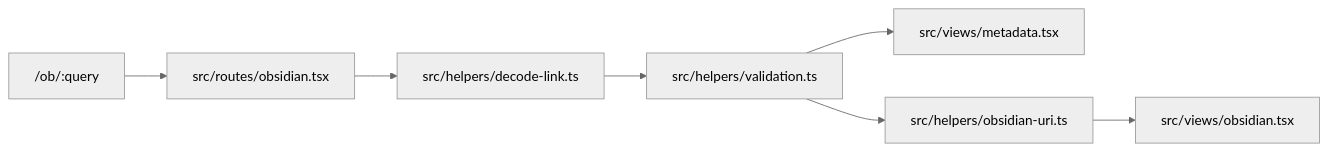
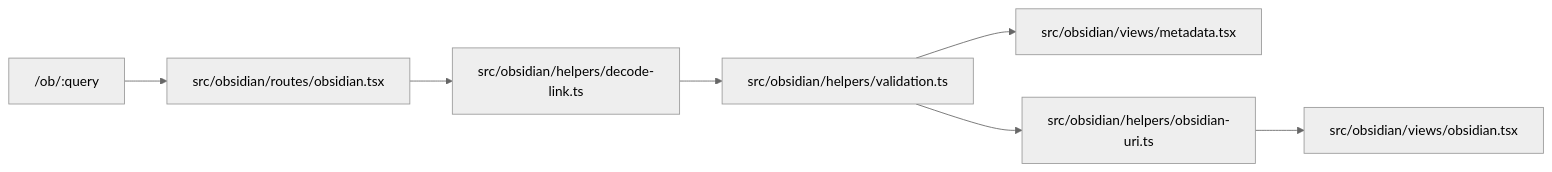
The diagram in .agents/skills/maintainable-code-guidelines/references/abstraction-boundaries.md (axross/polyproxy), drawn with Mermaid (neutral theme) before and after one commit. The commit also changed other lines of this file and 71 other files, not shown here.

````diff
--- a/.agents/skills/maintainable-code-guidelines/references/abstraction-boundaries.md
+++ b/.agents/skills/maintainable-code-guidelines/references/abstraction-boundaries.md
@@ -9,9 +9,9 @@
 ```mermaid
 flowchart LR
-  Query["/ob/:query"] --> Route["src/routes/obsidian.tsx"]
-  Route --> Decode["src/helpers/decode-link.ts"]
-  Decode --> Validate["src/helpers/validation.ts"]
-  Validate --> Metadata["src/views/metadata.tsx"]
-  Validate --> Uri["src/helpers/obsidian-uri.ts"]
-  Uri --> View["src/views/obsidian.tsx"]
+  Query["/ob/:query"] --> Route["src/obsidian/routes/obsidian.tsx"]
+  Route --> Decode["src/obsidian/helpers/decode-link.ts"]
+  Decode --> Validate["src/obsidian/helpers/validation.ts"]
+  Validate --> Metadata["src/obsidian/views/metadata.tsx"]
+  Validate --> Uri["src/obsidian/helpers/obsidian-uri.ts"]
+  Uri --> View["src/obsidian/views/obsidian.tsx"]
 ```
````
